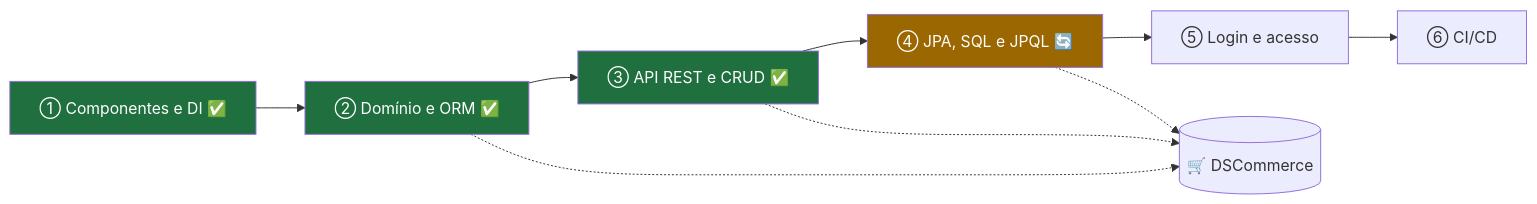
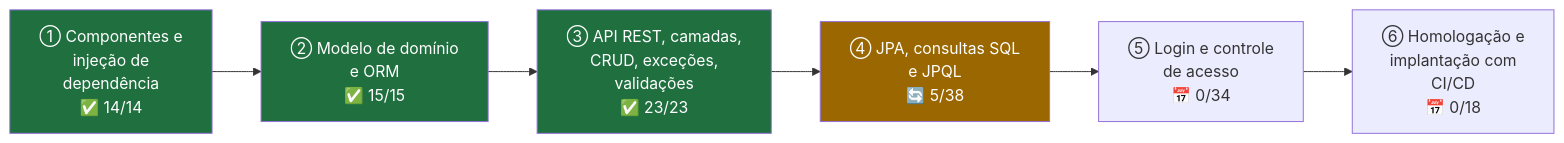
Before and after one commit to k3vinrich4rd/k3vinrich4rd: diagram 20 of 21 in README.md, drawn with Mermaid. The commit also changed other lines of this file and 8 other files, not shown here.

````diff
--- a/README.md
+++ b/README.md
@@ -2497,11 +2500,8 @@
 ```mermaid
 flowchart LR
-    C1["① Componentes e DI ✅"] --> C2["② Domínio e ORM ✅"] --> C3["③ API REST e CRUD ✅"] --> C4["④ JPA, SQL e JPQL 🔄"] --> C5["⑤ Login e acesso"] --> C6["⑥ CI/CD"]
-    C2 -.-> DS[("🛒 DSCommerce")]
-    C3 -.-> DS
-    C4 -.-> DS
+    C1["① Componentes e<br/>injeção de<br/>dependência<br/>✅ 14/14"] --> C2["② Modelo de domínio<br/>e ORM<br/>✅ 15/15"] --> C3["③ API REST, camadas,<br/>CRUD, exceções,<br/>validações<br/>✅ 23/23"] --> C4["④ JPA, consultas SQL<br/>e JPQL<br/>🔄 5/38"] --> C5["⑤ Login e controle<br/>de acesso<br/>📅 0/34"] --> C6["⑥ Homologação e<br/>implantação com<br/>CI/CD<br/>📅 0/18"]
     style C1 fill:#1f6f3f,color:#fff
     style C2 fill:#1f6f3f,color:#fff
     style C3 fill:#1f6f3f,color:#fff
     style C4 fill:#9a6700,color:#fff
 ```
````
